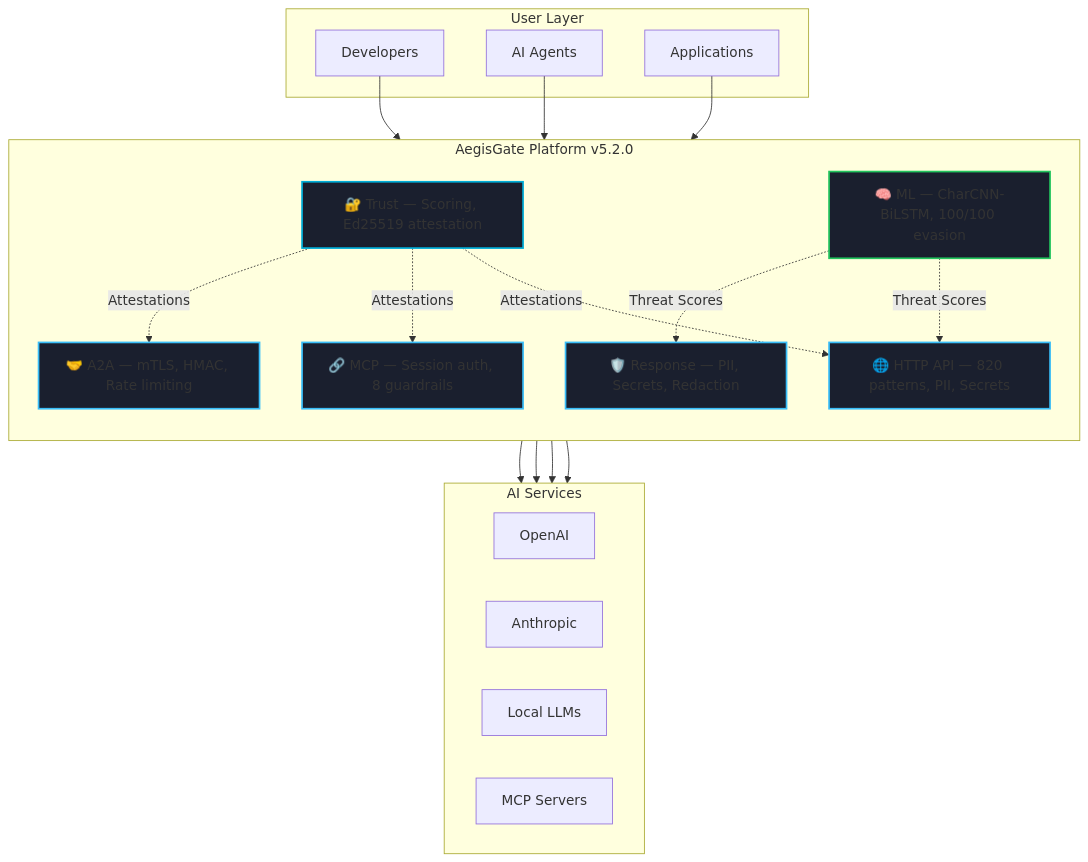
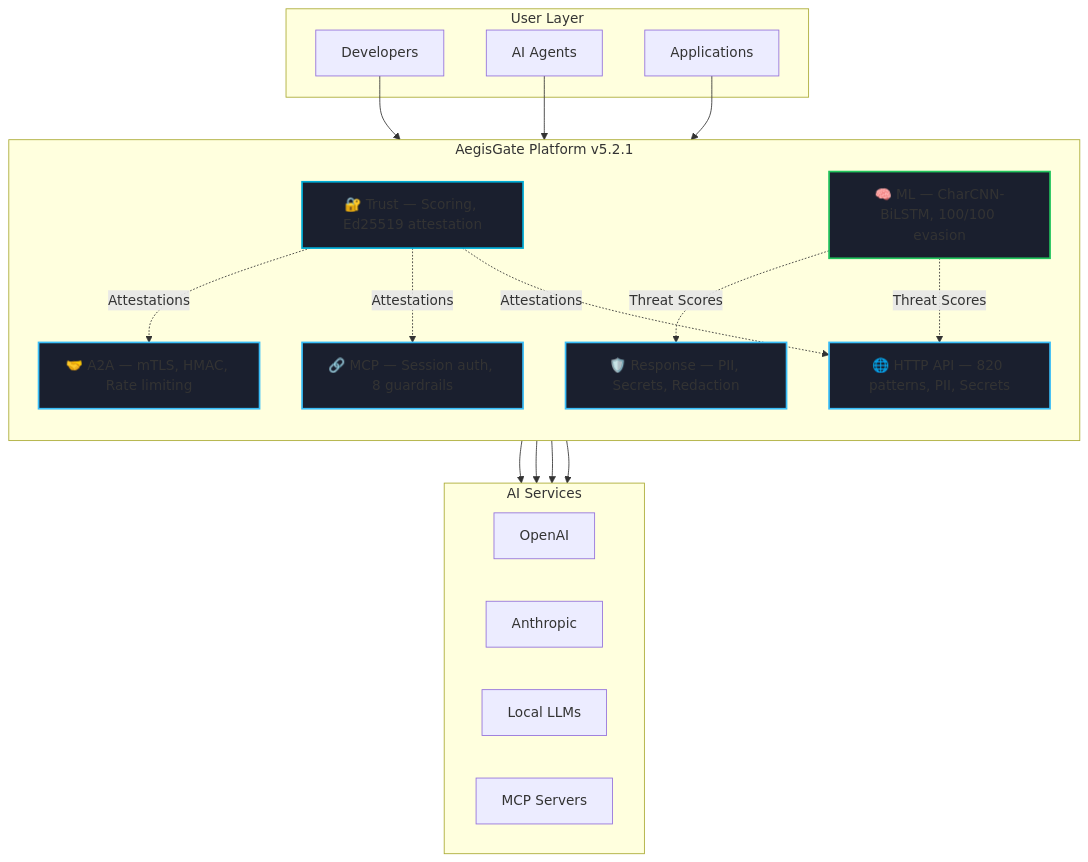
The first of 2 diagrams in content/platform/_index.md (aegisgatesecurity/aegisgate-site), drawn with Mermaid before and after one commit. The commit also changed other lines of this file and 30 other files, not shown here.

```diff
--- a/content/platform/_index.md
+++ b/content/platform/_index.md
@@ -128,47 +128,47 @@
 {{< mermaid >}}
 flowchart TD
     subgraph UserLayer["User Layer"]
         A[Developers]
         B[AI Agents]
         C[Applications]
     end
 
-    subgraph Platform["AegisGate Platform v5.2.0"]
+    subgraph Platform["AegisGate Platform v5.2.1"]
         direction TB
         P1["🌐 HTTP API — 820 patterns, PII, Secrets"]
         P2["🔗 MCP — Session auth, 8 guardrails"]
         P3["🤝 A2A — mTLS, HMAC, Rate limiting"]
         P4["🛡️ Response — PII, Secrets, Redaction"]
         P5["🔐 Trust — Scoring, Ed25519 attestation"]
         P6["🧠 ML — CharCNN-BiLSTM, 100/100 evasion"]
     end
 
     subgraph Output["AI Services"]
         D[OpenAI]
         E[Anthropic]
         F[Local LLMs]
         G[MCP Servers]
     end
 
     A --> Platform
     B --> Platform
     C --> Platform
     
     P1 --> Output
     P2 --> Output
     P3 --> Output
     P4 --> Output
     
     P5 -.->|Attestations| P1
     P5 -.->|Attestations| P2
     P5 -.->|Attestations| P3
     P6 -.->|Threat Scores| P1
     P6 -.->|Threat Scores| P4
 
     style P1 fill:#1a1f2e,stroke:#38bdf8,stroke-width:2px
     style P2 fill:#1a1f2e,stroke:#38bdf8,stroke-width:2px
     style P3 fill:#1a1f2e,stroke:#38bdf8,stroke-width:2px
     style P4 fill:#1a1f2e,stroke:#38bdf8,stroke-width:2px
     style P5 fill:#1a1f2e,stroke:#00ADD8,stroke-width:2px
     style P6 fill:#1a1f2e,stroke:#22c55e,stroke-width:2px
 {{< /mermaid >}}
```
